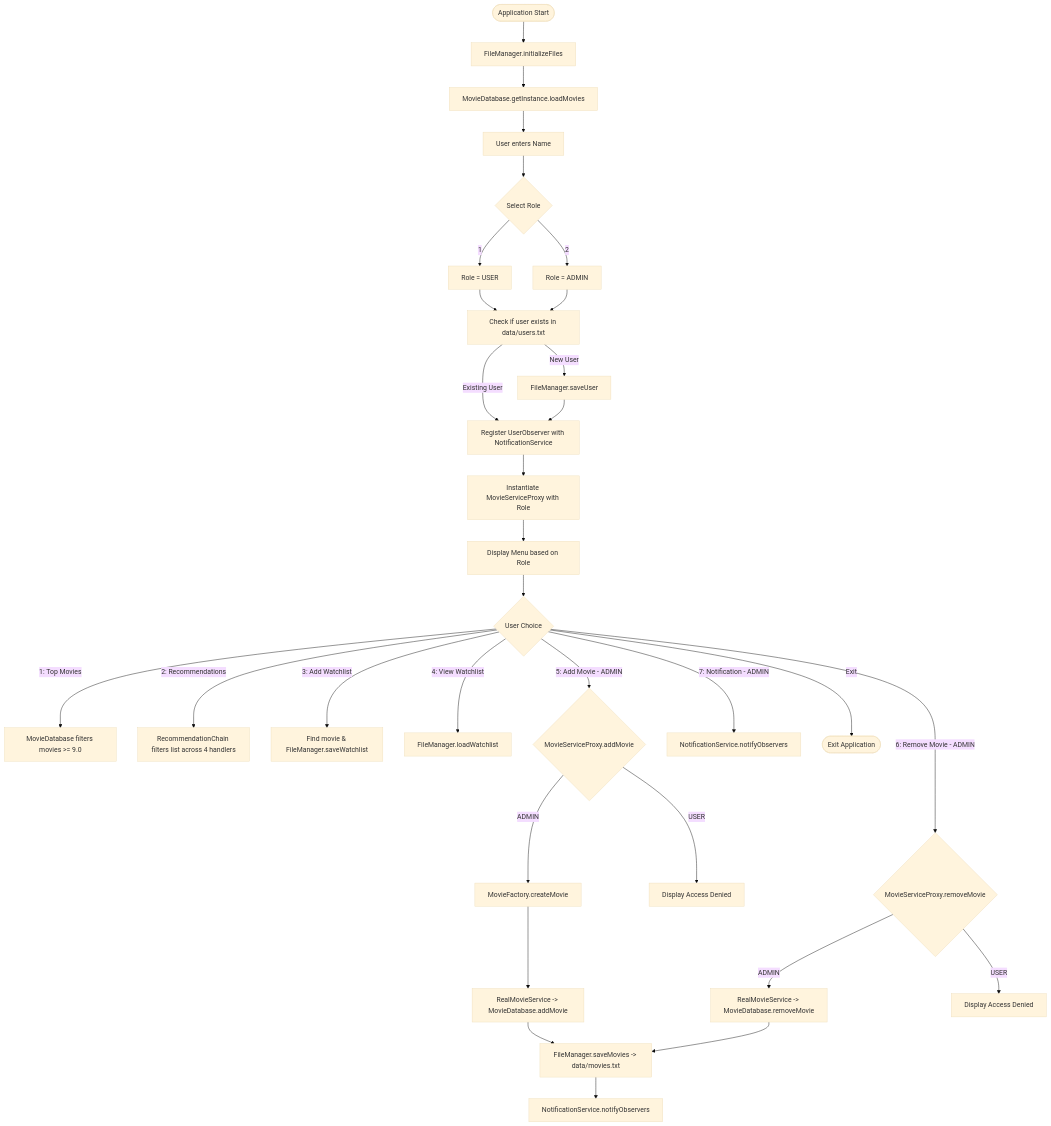
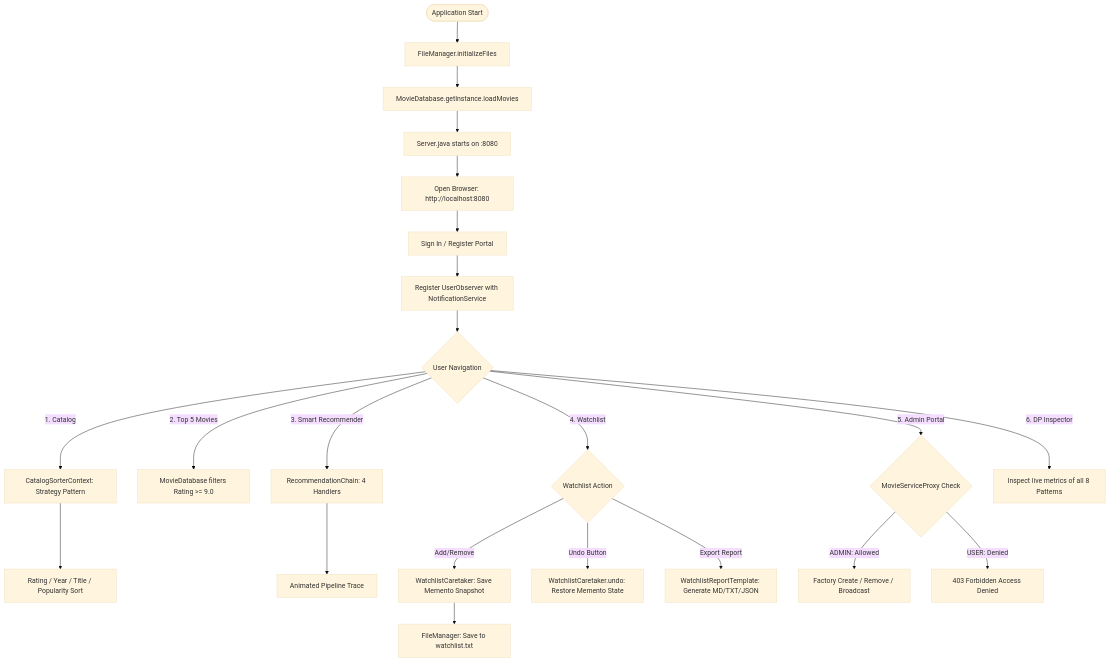
One commit to sayyadrehan09/DP-Lab changed the third of 3 diagrams in README.md. Above: the diagram before and after it, drawn with Mermaid (base theme). The commit also changed other lines of this file, not shown here.

Commit message:
docs: update README with comprehensive documentation for all 8 GoF design patterns, architecture workflow, and REST API endpoints

````diff
--- a/README.md
+++ b/README.md
@@ -442,43 +354,32 @@
 ```mermaid
 flowchart TD
     Start([Application Start]) --> InitFiles[FileManager.initializeFiles]
     InitFiles --> LoadDB[MovieDatabase.getInstance.loadMovies]
-    LoadDB --> InputName[User enters Name]
-    InputName --> SelectRole{Select Role}
-
-    SelectRole -->|1| SetUser[Role = USER]
-    SelectRole -->|2| SetAdmin[Role = ADMIN]
-
-    SetUser --> CheckUser[Check if user exists in data/users.txt]
-    SetAdmin --> CheckUser
-
-    CheckUser -->|New User| SaveUser[FileManager.saveUser]
-    CheckUser -->|Existing User| AttachObs[Register UserObserver with NotificationService]
-    SaveUser --> AttachObs
-
-    AttachObs --> CreateProxy[Instantiate MovieServiceProxy with Role]
-    CreateProxy --> ShowMenu[Display Menu based on Role]
-
-    ShowMenu --> Choice{User Choice}
-
-    Choice -->|1: Top Movies| TopAction[MovieDatabase filters movies >= 9.0]
-    Choice -->|2: Recommendations| ChainAction[RecommendationChain filters list across 4 handlers]
-    Choice -->|3: Add Watchlist| WatchAction[Find movie & FileManager.saveWatchlist]
-    Choice -->|4: View Watchlist| ReadWatchAction[FileManager.loadWatchlist]
+    LoadDB --> BootServer[Server.java starts on :8080]
     
-    Choice -->|5: Add Movie - ADMIN| ProxyAdd{MovieServiceProxy.addMovie}
-    ProxyAdd -->|ADMIN| FactoryAdd[MovieFactory.createMovie]
-    FactoryAdd --> RealAdd[RealMovieService -> MovieDatabase.addMovie]
-    RealAdd --> PersistMovie[FileManager.saveMovies -> data/movies.txt]
-    PersistMovie --> NotifyAll[NotificationService.notifyObservers]
-    ProxyAdd -->|USER| DenyAdd[Display Access Denied]
-
-    Choice -->|6: Remove Movie - ADMIN| ProxyRem{MovieServiceProxy.removeMovie}
-    ProxyRem -->|ADMIN| RealRem[RealMovieService -> MovieDatabase.removeMovie]
-    RealRem --> PersistMovie
-    ProxyRem -->|USER| DenyRem[Display Access Denied]
-
-    Choice -->|7: Notification - ADMIN| BroadcastAction[NotificationService.notifyObservers]
-
-    Choice -->|Exit| Terminate([Exit Application])
+    BootServer --> UI[Open Browser: http://localhost:8080]
+    UI --> Auth[Sign In / Register Portal]
+    Auth --> ObserverReg[Register UserObserver with NotificationService]
+    
+    ObserverReg --> Nav{User Navigation}
+    
+    Nav -->|1. Catalog| Sorter[CatalogSorterContext: Strategy Pattern]
+    Sorter --> SortExec[Rating / Year / Title / Popularity Sort]
+    
+    Nav -->|2. Top 5 Movies| TopAction[MovieDatabase filters Rating >= 9.0]
+    
+    Nav -->|3. Smart Recommender| ChainExec[RecommendationChain: 4 Handlers]
+    ChainExec --> RecResults[Animated Pipeline Trace]
+    
+    Nav -->|4. Watchlist| WatchlistActions{Watchlist Action}
+    WatchlistActions -->|Add/Remove| CaretakerSnap[WatchlistCaretaker: Save Memento Snapshot]
+    CaretakerSnap --> PersistWatchlist[FileManager: Save to watchlist.txt]
+    WatchlistActions -->|Undo Button| UndoRollback[WatchlistCaretaker.undo: Restore Memento State]
+    WatchlistActions -->|Export Report| TemplateReport[WatchlistReportTemplate: Generate MD/TXT/JSON]
+    
+    Nav -->|5. Admin Portal| AdminProxy{MovieServiceProxy Check}
+    AdminProxy -->|ADMIN: Allowed| Mutate[Factory Create / Remove / Broadcast]
+    AdminProxy -->|USER: Denied| Blocked[403 Forbidden Access Denied]
+    
+    Nav -->|6. DP Inspector| LiveMetrics[Inspect live metrics of all 8 Patterns]
 ```
````
